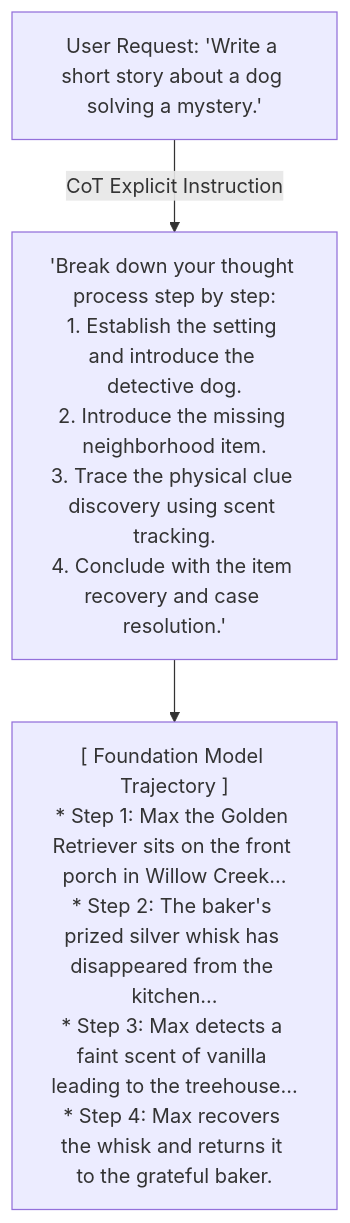
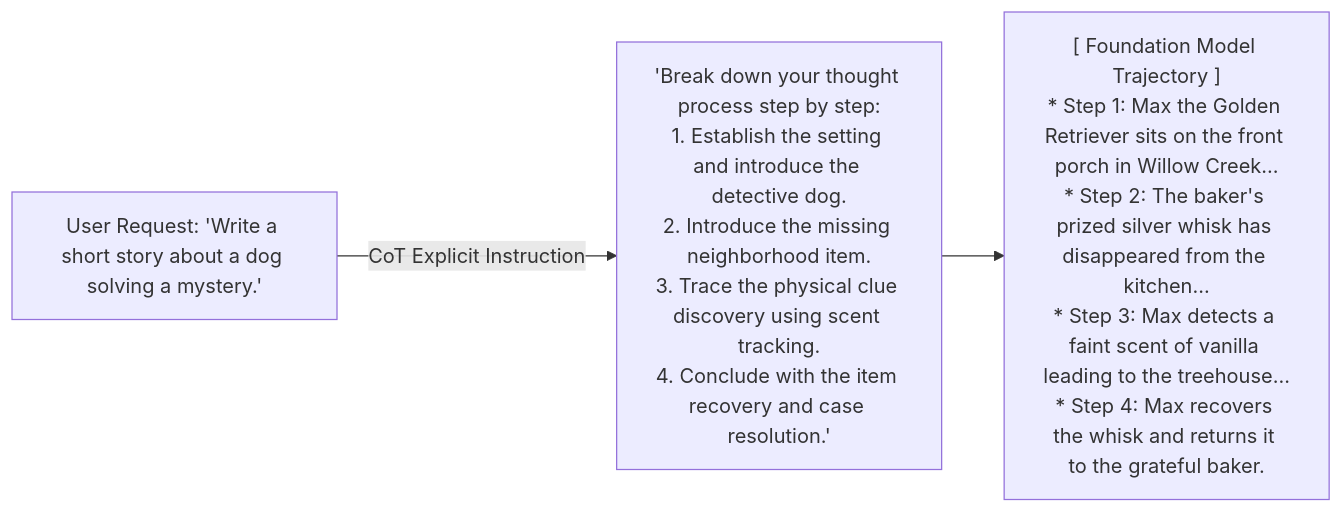
Before and after one commit to rensaputra/aws-docs: the fourth of 5 diagrams in docs/ai-practitioner/section-4-prompt-engineering/prompt-engineering-techniques.mdx, drawn with Mermaid. The commit also changed other lines of this file and 3 other files, not shown here.

````diff
--- a/docs/ai-practitioner/section-4-prompt-engineering/prompt-engineering-techniques.mdx
+++ b/docs/ai-practitioner/section-4-prompt-engineering/prompt-engineering-techniques.mdx
@@ -76,5 +76,5 @@
 ```mermaid
-flowchart TD
+flowchart LR
     A["User Request: 'Write a short story about a dog solving a mystery.'"] -->|CoT Explicit Instruction| B["'Break down your thought process step by step:<br>1. Establish the setting and introduce the detective dog.<br>2. Introduce the missing neighborhood item.<br>3. Trace the physical clue discovery using scent tracking.<br>4. Conclude with the item recovery and case resolution.'"]
     B --> C["[ Foundation Model Trajectory ]<br>* Step 1: Max the Golden Retriever sits on the front porch in Willow Creek...<br>* Step 2: The baker's prized silver whisk has disappeared from the kitchen...<br>* Step 3: Max detects a faint scent of vanilla leading to the treehouse...<br>* Step 4: Max recovers the whisk and returns it to the grateful baker."]
 ```
````
